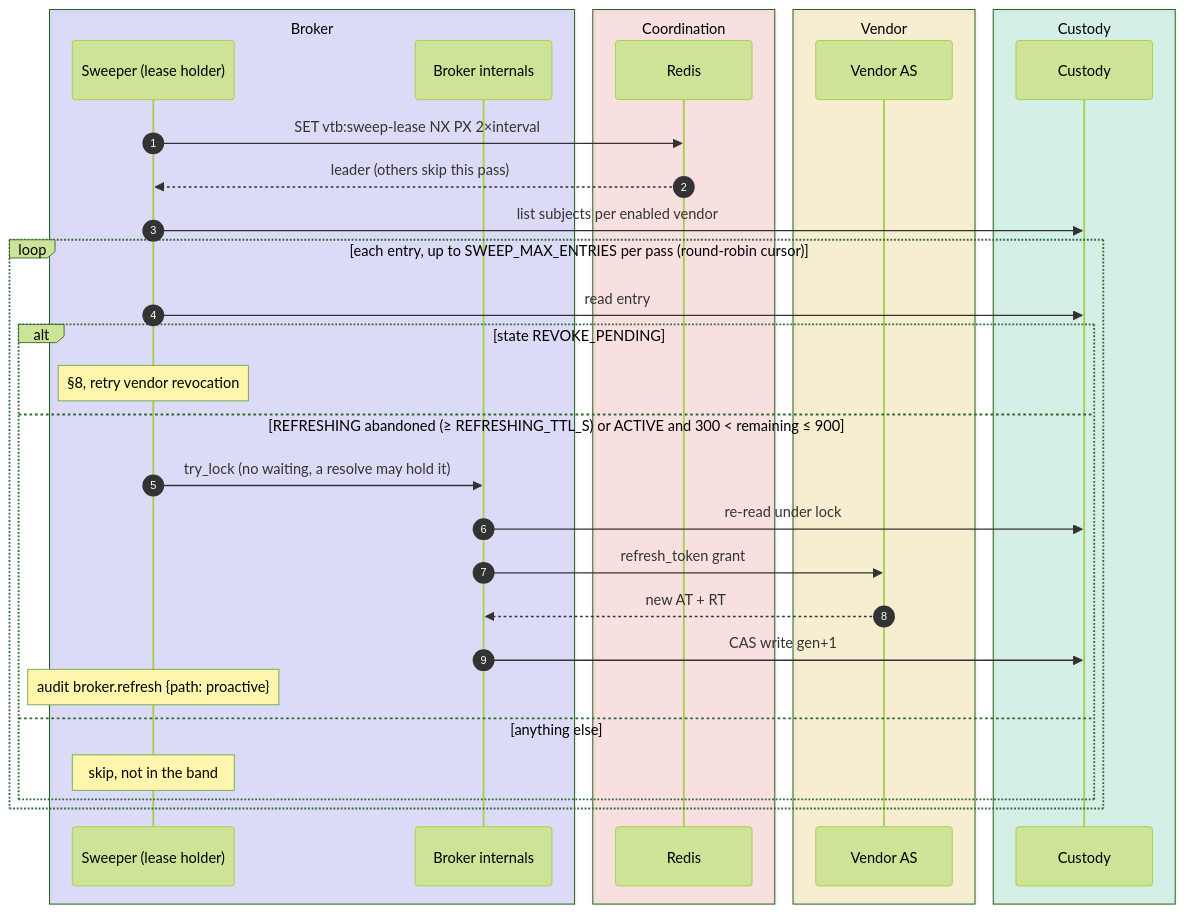
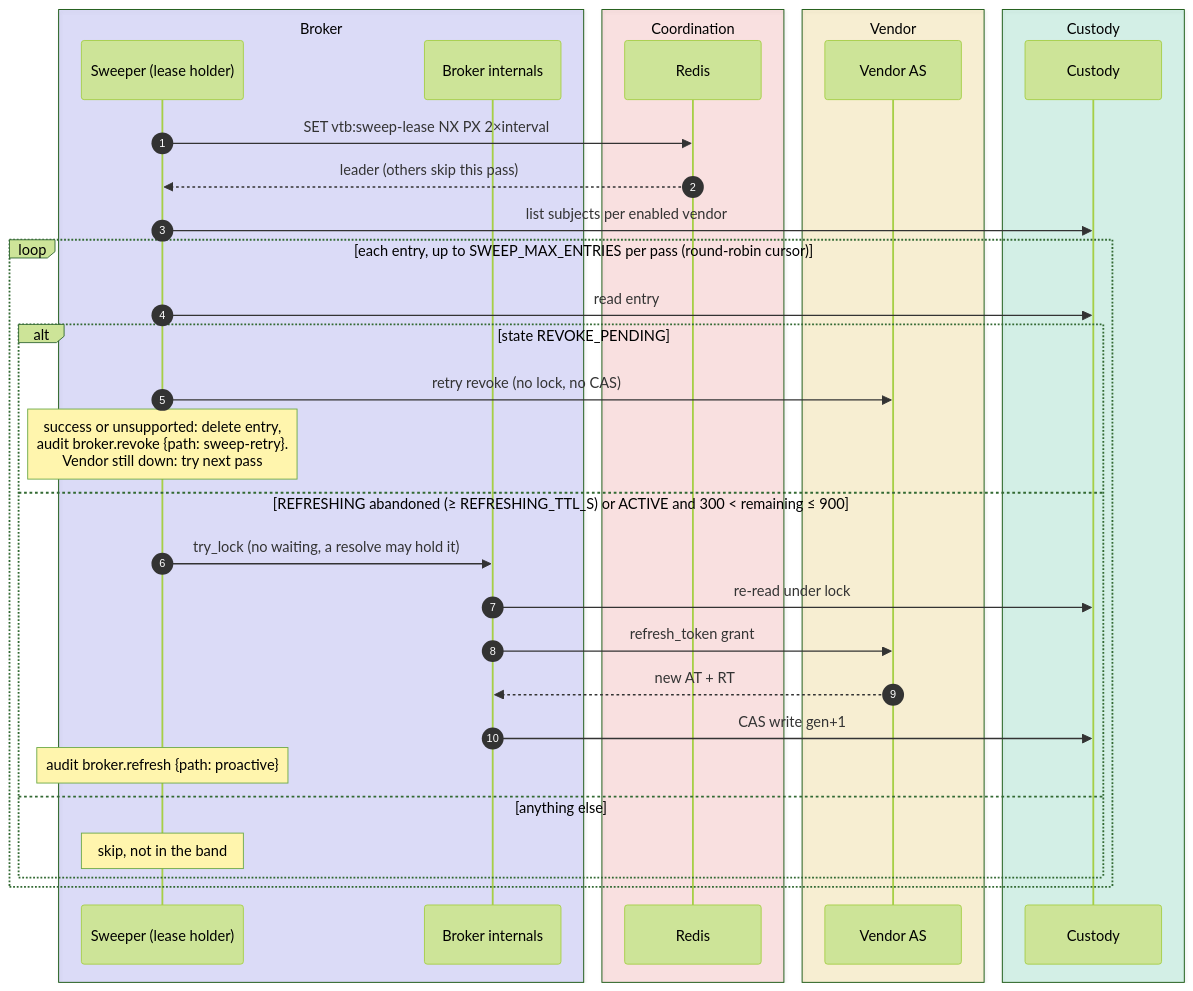
The fifth of 11 diagrams in docs/token-lifecycle.md (chief-builder/vendor-token-broker), drawn with Mermaid (forest theme) before and after one commit. The commit also changed other lines of this file and 26 other files, not shown here.

````diff
--- a/docs/token-lifecycle.md
+++ b/docs/token-lifecycle.md
@@ -245,36 +282,37 @@
 ```mermaid
 sequenceDiagram
     autonumber
     box rgba(99,102,241,0.20) Broker
         participant S as Sweeper (lease holder)
         participant B as Broker internals
     end
     box rgba(239,68,68,0.14) Coordination
         participant R as Redis
     end
     box rgba(234,179,8,0.16) Vendor
         participant V as Vendor AS
     end
     box rgba(16,185,129,0.16) Custody
         participant K as Custody
     end
 
     S->>R: SET vtb:sweep-lease NX PX 2×interval
     R-->>S: leader (others skip this pass)
     S->>K: list subjects per enabled vendor
     loop each entry, up to SWEEP_MAX_ENTRIES per pass (round-robin cursor)
         S->>K: read entry
         alt state REVOKE_PENDING
-            Note over S: §8, retry vendor revocation
+            S->>V: retry revoke (no lock, no CAS)
+            Note over S: success or unsupported: delete entry,<br/>audit broker.revoke {path: sweep-retry}.<br/>Vendor still down: try next pass
         else REFRESHING abandoned (≥ REFRESHING_TTL_S) or ACTIVE and 300 < remaining ≤ 900
             S->>B: try_lock (no waiting, a resolve may hold it)
             B->>K: re-read under lock
             B->>V: refresh_token grant
             V-->>B: new AT + RT
             B->>K: CAS write gen+1
             Note over S: audit broker.refresh {path: proactive}
         else anything else
             Note over S: skip, not in the band
         end
     end
 ```
````
